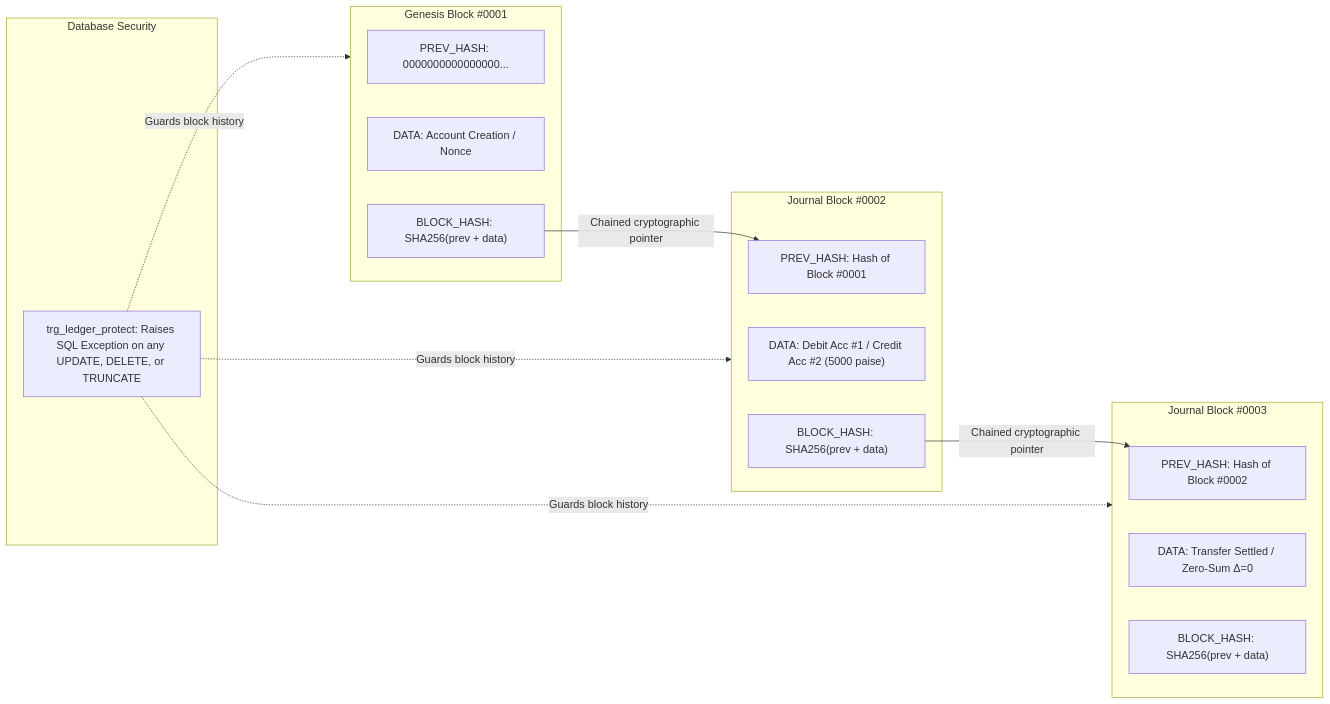
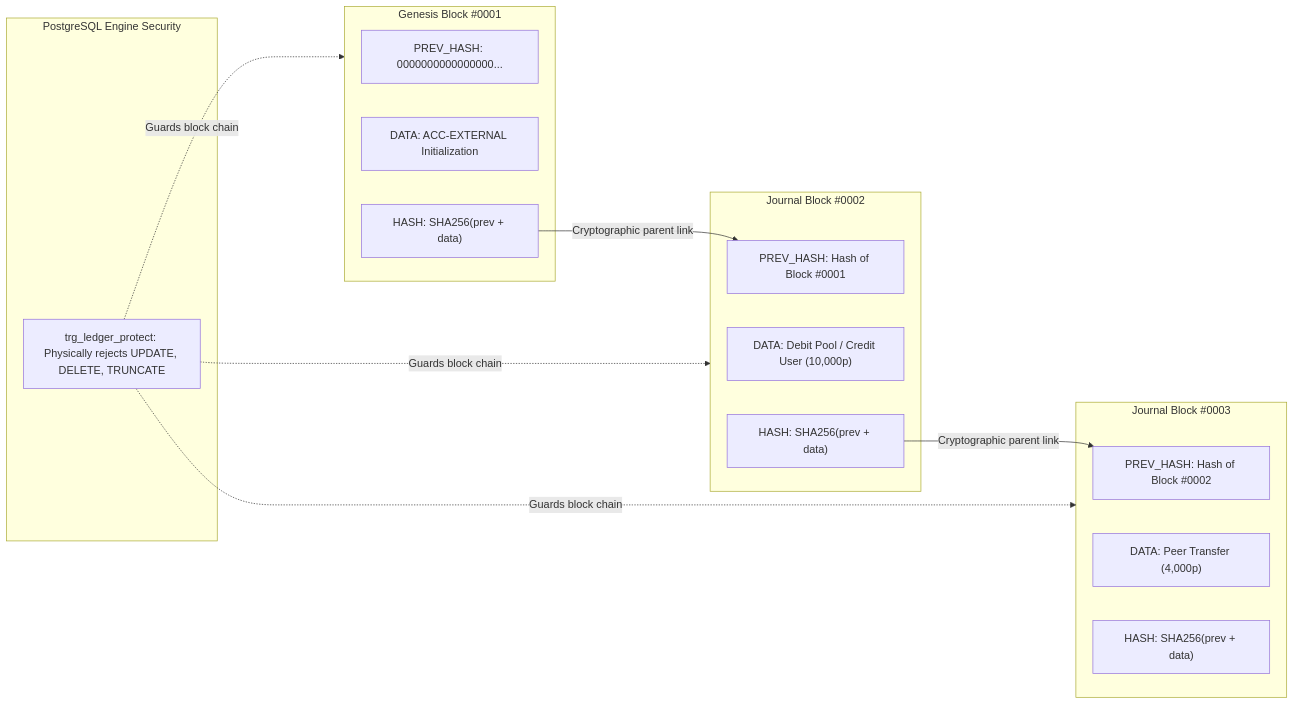
Before and after one commit to rupasribakka/LedgerLine: the fourth of 6 diagrams in README.md, drawn with Mermaid. The commit also changed other lines of this file, not shown here.

Commit message:
docs: update README with live deployments and visual architecture flows

````diff
--- a/README.md
+++ b/README.md
@@ -166,30 +179,30 @@
 ```mermaid
 flowchart LR
     subgraph Genesis["Genesis Block #0001"]
         G_Prev["PREV_HASH: 0000000000000000..."]
-        G_Data["DATA: Account Creation / Nonce"]
-        G_Hash["BLOCK_HASH: SHA256(prev + data)"]
+        G_Data["DATA: ACC-EXTERNAL Initialization"]
+        G_Hash["HASH: SHA256(prev + data)"]
     end
 
     subgraph Block2["Journal Block #0002"]
         B2_Prev["PREV_HASH: Hash of Block #0001"]
-        B2_Data["DATA: Debit Acc #1 / Credit Acc #2 (5000 paise)"]
-        B2_Hash["BLOCK_HASH: SHA256(prev + data)"]
+        B2_Data["DATA: Debit Pool / Credit User (10,000p)"]
+        B2_Hash["HASH: SHA256(prev + data)"]
     end
 
     subgraph Block3["Journal Block #0003"]
         B3_Prev["PREV_HASH: Hash of Block #0002"]
-        B3_Data["DATA: Transfer Settled / Zero-Sum Δ=0"]
-        B3_Hash["BLOCK_HASH: SHA256(prev + data)"]
+        B3_Data["DATA: Peer Transfer (4,000p)"]
+        B3_Hash["HASH: SHA256(prev + data)"]
     end
 
-    subgraph Trigger["Database Security"]
-        Guard["trg_ledger_protect: Raises SQL Exception on any UPDATE, DELETE, or TRUNCATE"]
+    subgraph ImmutabilityTrigger["PostgreSQL Engine Security"]
+        TriggerGuard["trg_ledger_protect: Physically rejects UPDATE, DELETE, TRUNCATE"]
     end
 
-    G_Hash -->|"Chained cryptographic pointer"| B2_Prev
-    B2_Hash -->|"Chained cryptographic pointer"| B3_Prev
-    Guard -.->|"Guards block history"| Genesis
-    Guard -.->|"Guards block history"| Block2
-    Guard -.->|"Guards block history"| Block3
+    G_Hash -->|"Cryptographic parent link"| B2_Prev
+    B2_Hash -->|"Cryptographic parent link"| B3_Prev
+    TriggerGuard -.->|"Guards block chain"| Genesis
+    TriggerGuard -.->|"Guards block chain"| Block2
+    TriggerGuard -.->|"Guards block chain"| Block3
 ```
````
